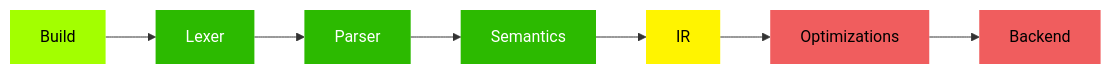
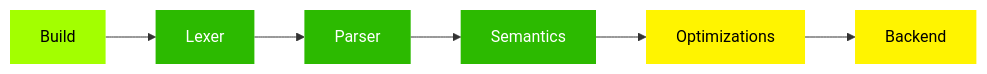
One commit to renatopp/golden-lang changed the diagram in README.md. Above: the diagram before and after it, drawn with Mermaid. The commit also changed other lines of this file and 1 other file, not shown here.

````diff
--- a/README.md
+++ b/README.md
@@ -26,22 +26,21 @@
 ```mermaid
 flowchart LR
 
 classDef notstarted fill:#F05D5E,color:black,stroke-width:0
 classDef temporary fill:#ffa700,color:black,stroke-width:0
 classDef experiment fill:#fff400,color:black,stroke-width:0
 classDef partial fill:#a3ff00,color:black,stroke-width:0
 classDef stable fill:#2cba00,color:white,stroke-width:0
 
 build[Build]:::partial
 lexer[Lexer]:::stable
 parser[Parser]:::stable
 semantic[Semantics]:::stable
-ir[IR]:::experiment
-opt[Optimizations]:::notstarted
-backend[Backend]:::notstarted
+opt[Optimizations]:::experiment
+backend[Backend]:::experiment
 
 build --> lexer
 lexer --> parser
 parser --> semantic
-semantic --> ir --> opt --> backend
+semantic --> opt --> backend
 ```
````
